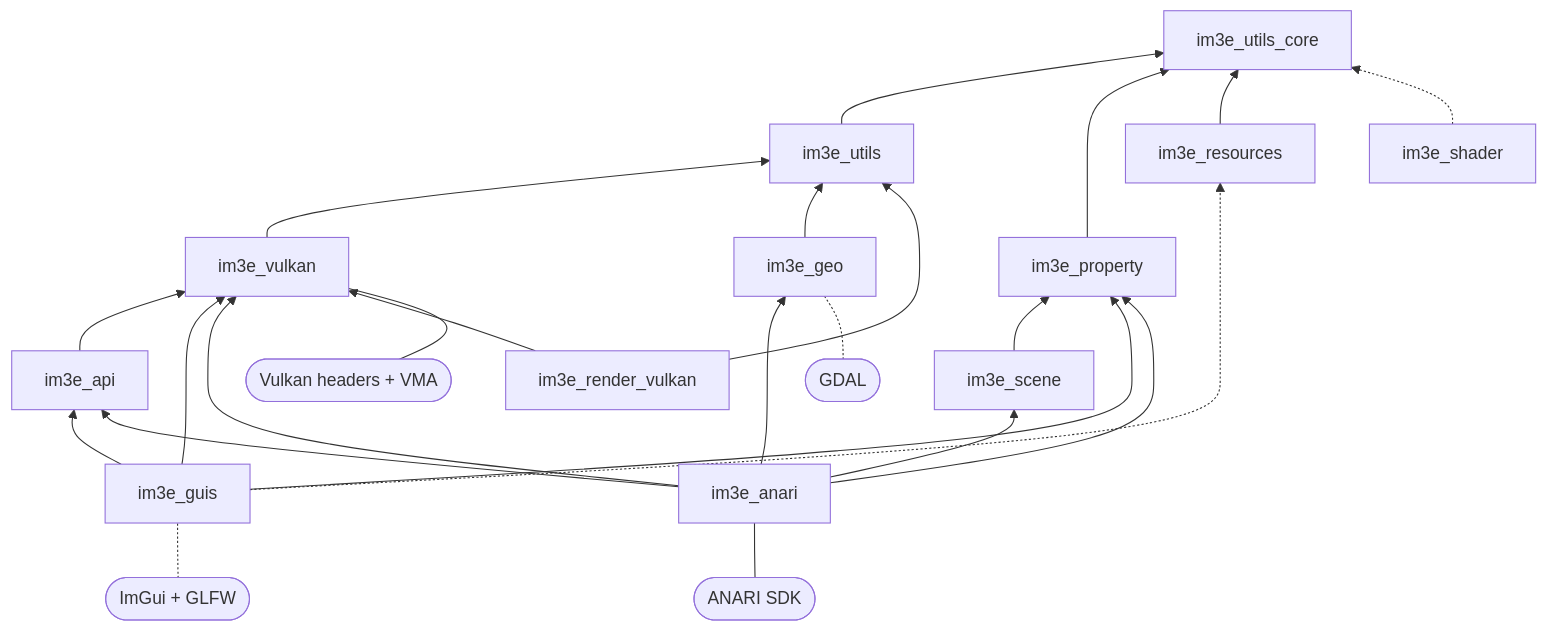
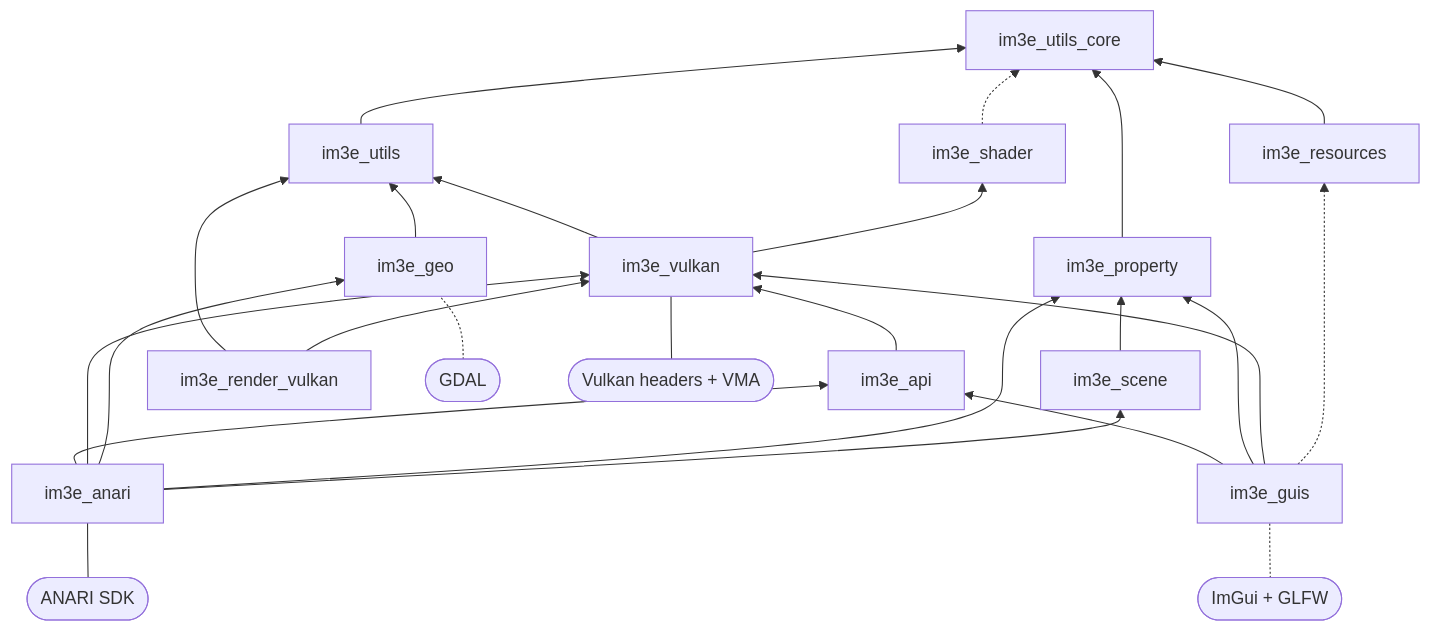
One commit to lmt-dev-inc/icymoon changed the first of 2 diagrams in docs/architecture/index.md. Above: the diagram before and after it, drawn with Mermaid. The commit also changed other lines of this file and 6 other files, not shown here.

````diff
--- a/docs/architecture/index.md
+++ b/docs/architecture/index.md
@@ -76,40 +76,41 @@
 ```mermaid
 flowchart BT
     core[im3e_utils_core]
     props[im3e_property]
     utils[im3e_utils]
     api[im3e_api]
     vulkan[im3e_vulkan]
     geo[im3e_geo]
     scene[im3e_scene]
     shader[im3e_shader]
     resources[im3e_resources]
     guis[im3e_guis]
     anari[im3e_anari]
     rvulkan[im3e_render_vulkan]
 
     utils --> core
     props --> core
     resources --> core
     vulkan --> utils
+    vulkan --> shader
     api --> vulkan
     geo --> utils
     scene --> props
     shader -.-> core
     guis --> api
     guis --> props
     guis --> vulkan
     guis -.-> resources
     anari --> api
     anari --> vulkan
     anari --> geo
     anari --> props
     anari --> scene
     rvulkan --> utils
     rvulkan --> vulkan
 
     gdal([GDAL]) -.- geo
     anarisdk([ANARI SDK]) --- anari
     imgui([ImGui + GLFW]) -.- guis
     vk([Vulkan headers + VMA]) --- vulkan
 ```
````
